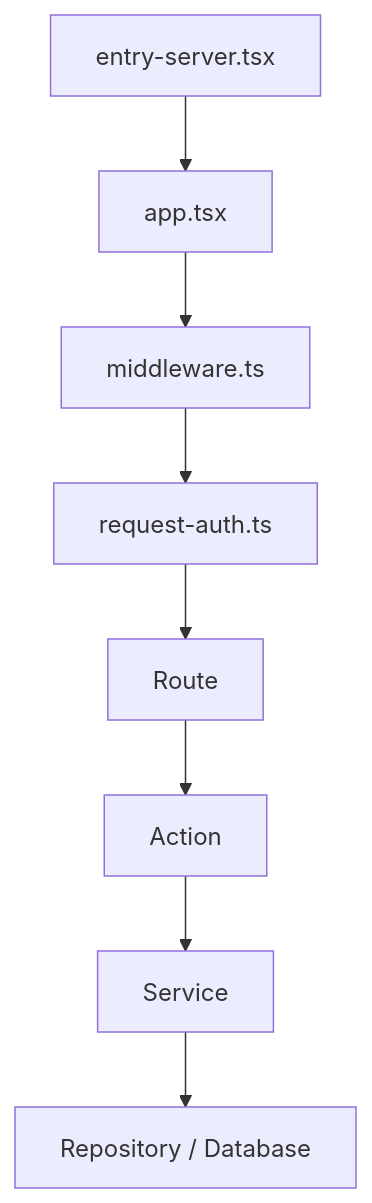
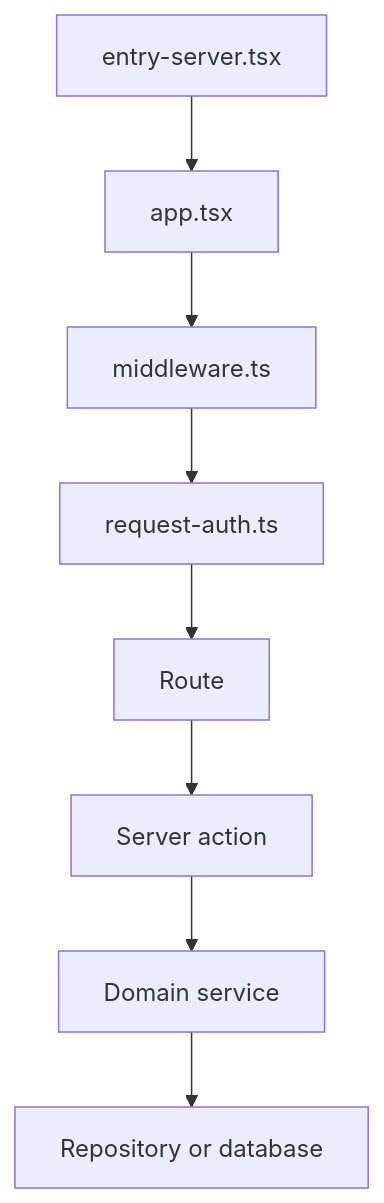
One commit to onechannelpe/crm changed the diagram in apps/web/readme.md. Above: the diagram before and after it, drawn with Mermaid. The commit also changed other lines of this file and 16 other files, not shown here.

````diff
--- a/apps/web/readme.md
+++ b/apps/web/readme.md
@@ -18,19 +9,10 @@
 ```mermaid
 flowchart TD
-    Entry["entry-server.tsx"]
-    App["app.tsx"]
-    Middleware["middleware.ts"]
-    Auth["request-auth.ts"]
-    Route["Route"]
-    Action["Action"]
-    Service["Service"]
-    DB["Repository / Database"]
-
-    Entry --> App
-    App --> Middleware
-    Middleware --> Auth
-    Auth --> Route
-    Route --> Action
-    Action --> Service
-    Service --> DB
+    Entry[entry-server.tsx] --> App[app.tsx]
+    App --> Middleware[middleware.ts]
+    Middleware --> Auth[request-auth.ts]
+    Auth --> Route[Route]
+    Route --> Action[Server action]
+    Action --> Service[Domain service]
+    Service --> Database[Repository or database]
 ```
````
